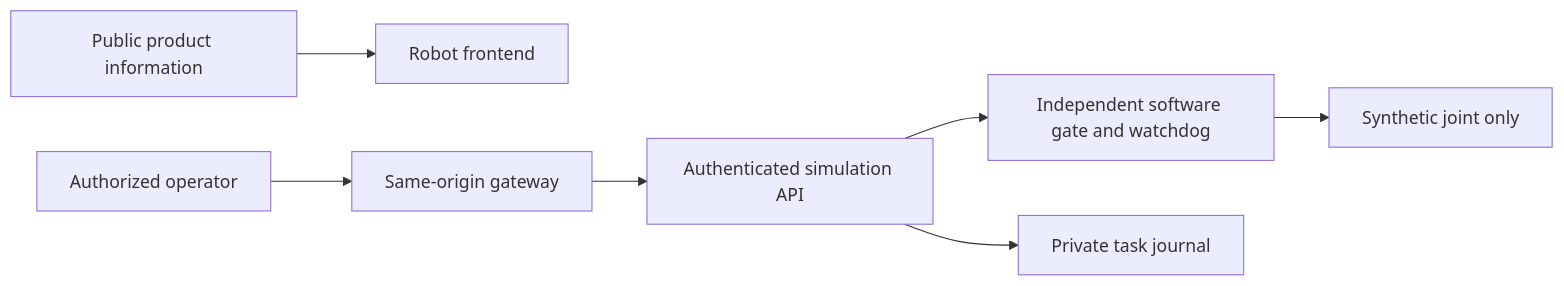
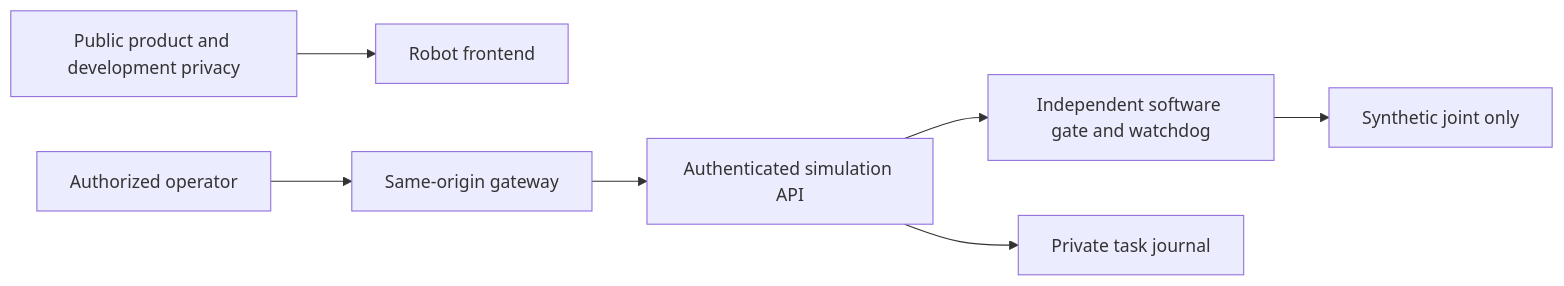
Before and after one commit to DruHustle/onesa-ai-robot: the diagram in README.md, drawn with Mermaid. The commit also changed other lines of this file and 18 other files, not shown here.

Commit message:
Qualify Robot development releases with explicit owner deferral

````diff
--- a/README.md
+++ b/README.md
@@ -19,9 +25,9 @@
 ```mermaid
 flowchart LR
-  Public[Public product information] --> Website[Robot frontend]
+  Public[Public product and development privacy] --> Website[Robot frontend]
   Operator[Authorized operator] --> Gateway[Same-origin gateway]
   Gateway --> API[Authenticated simulation API]
   API --> Safety[Independent software gate and watchdog]
   API --> History[Private task journal]
   Safety --> Simulation[Synthetic joint only]
 ```
````
